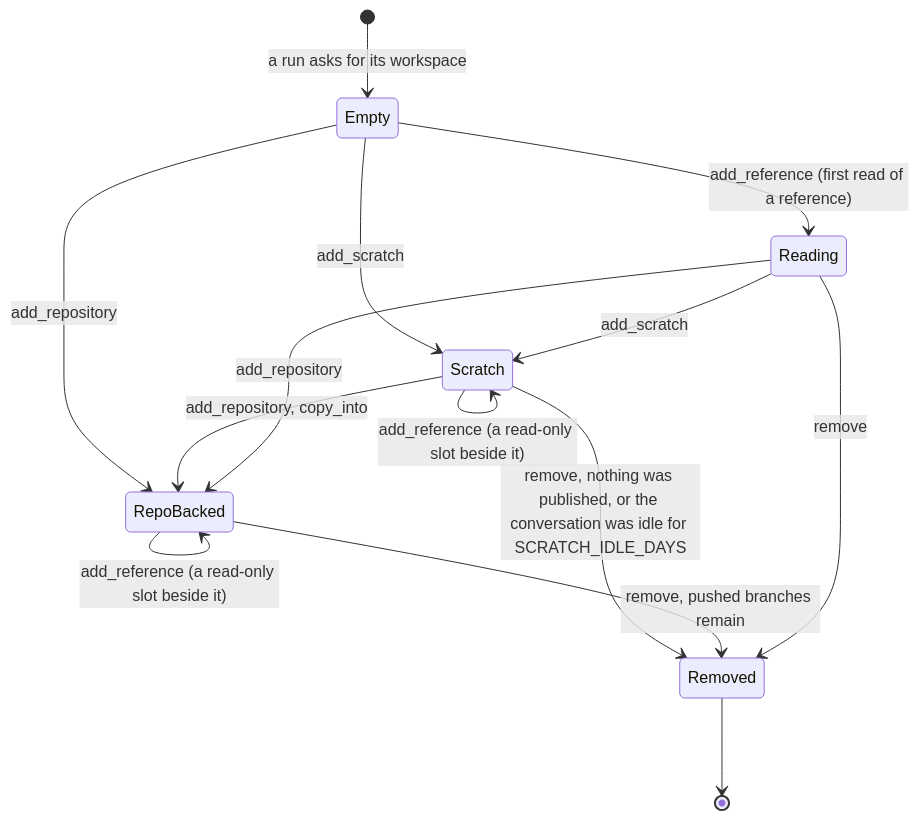
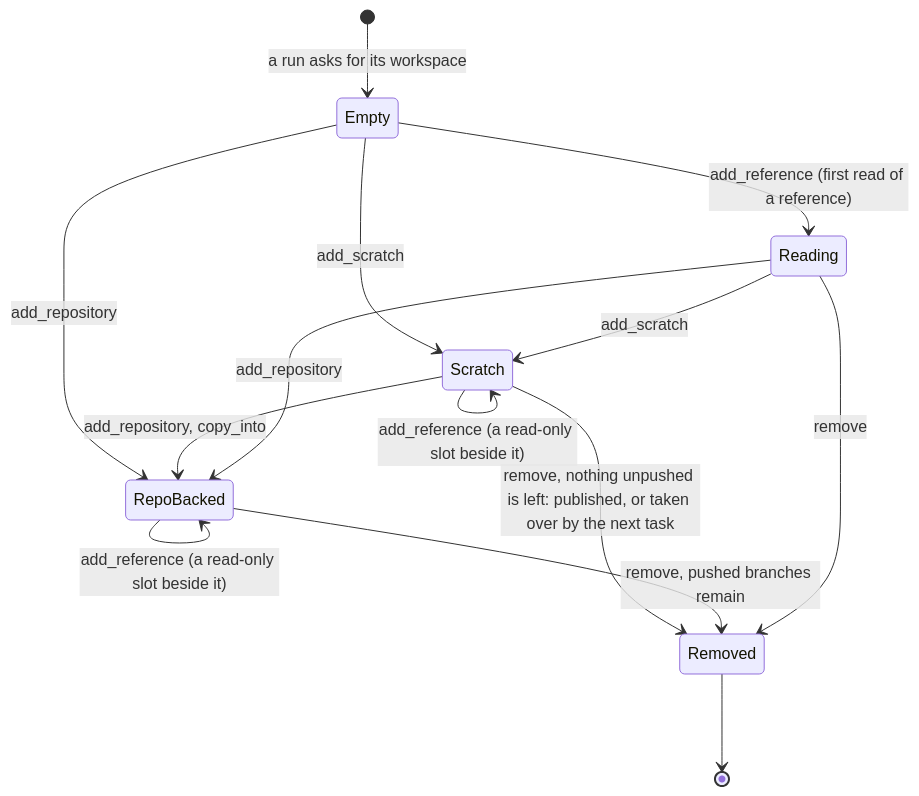
One commit to vymalo/another-adam-rs changed the third of 11 diagrams in docs/reference/workspace-and-environments.md. Above: the diagram before and after it, drawn with Mermaid. The commit also changed other lines of this file and 11 other files, not shown here.

First line of the commit message:
fix(janitor): a scratch project with unpushed work is kept, not swept (ANR-629)

````diff
--- a/docs/reference/workspace-and-environments.md
+++ b/docs/reference/workspace-and-environments.md
@@ -83,18 +86,18 @@
 ```mermaid
 stateDiagram-v2
     [*] --> Empty: a run asks for its workspace
     Empty --> Scratch: add_scratch
     Empty --> RepoBacked: add_repository
     Scratch --> RepoBacked: add_repository, copy_into
     RepoBacked --> RepoBacked: add_repository (another repository, a new slot)
     Scratch --> Scratch: the run ends, the conversation is alive, the next task takes it over
-    Scratch --> Removed: remove, nothing was published, or the conversation was idle for SCRATCH_IDLE_DAYS
+    Scratch --> Removed: remove, nothing unpushed is left: published, or taken over by the next task
     RepoBacked --> Removed: remove, pushed branches remain
     Empty --> Reading: add_reference (first read of a reference)
     Scratch --> Scratch: add_reference (a read-only slot beside it)
     RepoBacked --> RepoBacked: add_reference (a read-only slot beside it)
     Reading --> RepoBacked: add_repository
     Reading --> Scratch: add_scratch
     Reading --> Removed: remove
     Removed --> [*]
 ```
````
